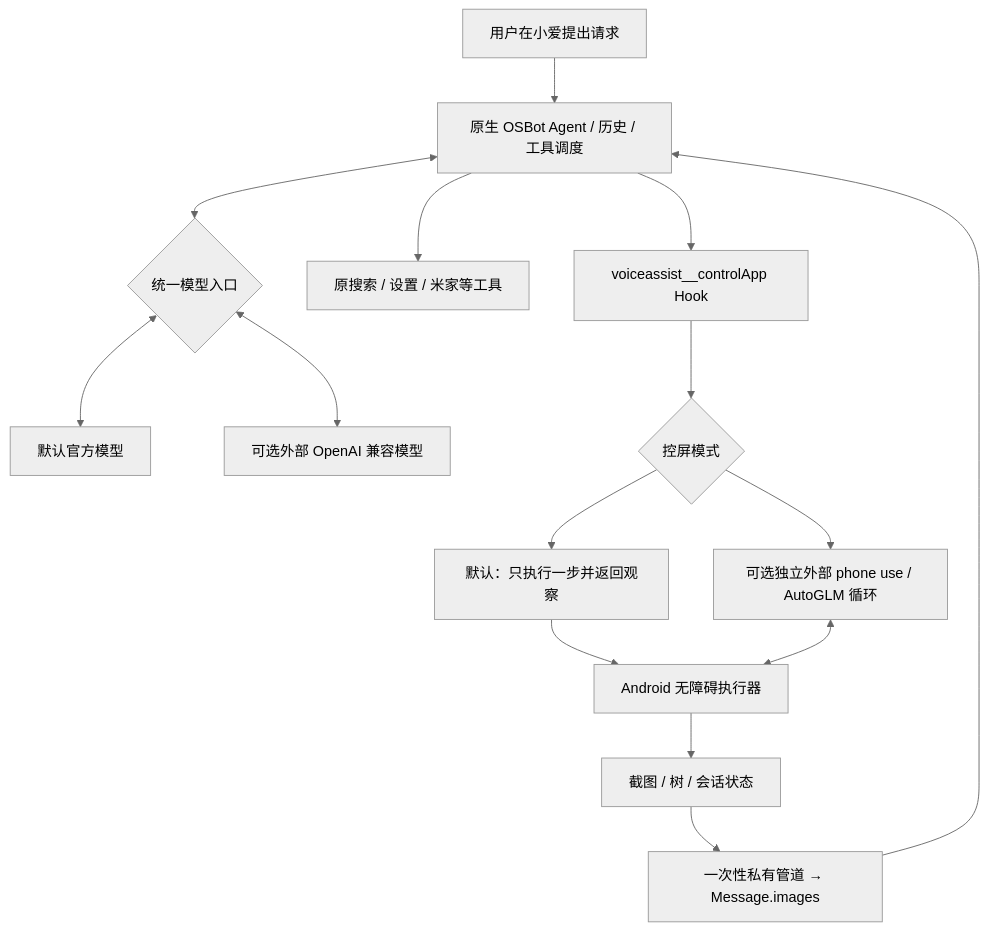
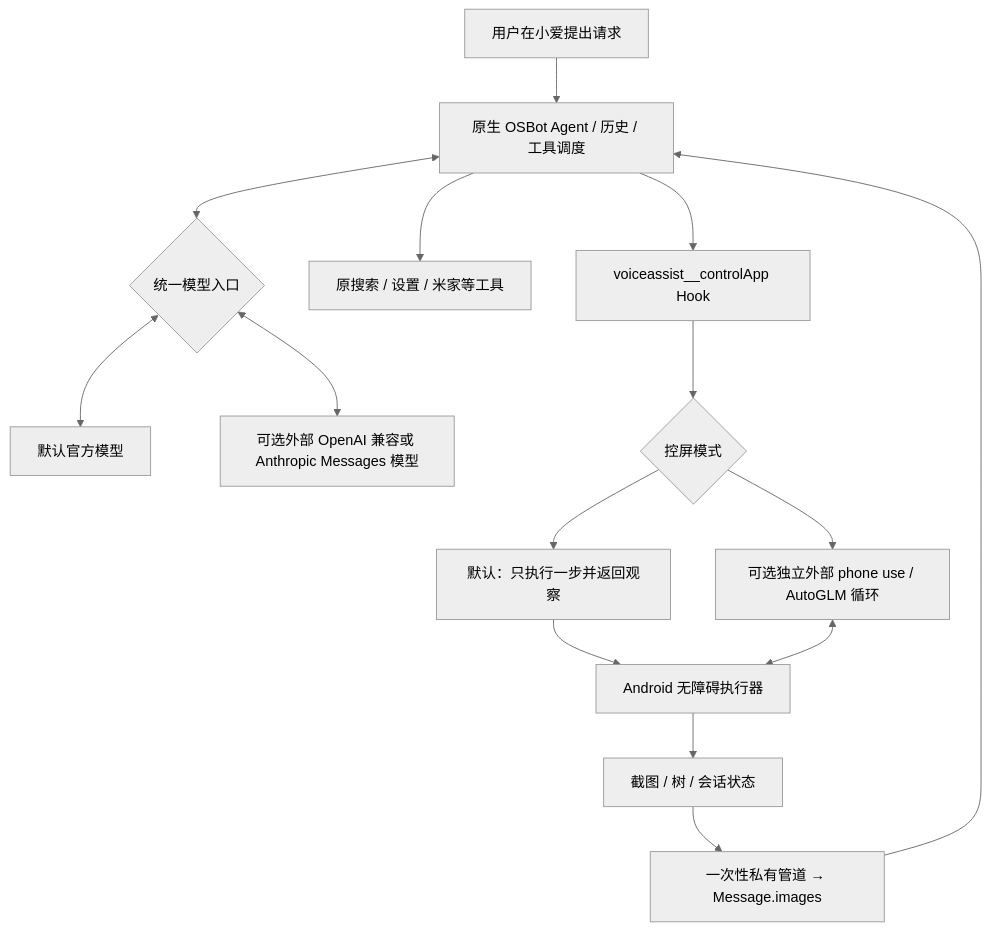
One commit to astoHu1/MiAIPlus changed the diagram in docs/architecture.md. Above: the diagram before and after it, drawn with Mermaid (neutral theme). The commit also changed other lines of this file and 29 other files, not shown here.

Commit message:
Add Anthropic Messages protocol support

````diff
--- a/docs/architecture.md
+++ b/docs/architecture.md
@@ -7,17 +7,17 @@
 ```mermaid
 flowchart TD
   U[用户在小爱提出请求] --> D[原生 OSBot Agent / 历史 / 工具调度]
   D <--> M{统一模型入口}
   M <--> O[默认官方模型]
-  M <--> X[可选外部 OpenAI 兼容模型]
+  M <--> X[可选外部 OpenAI 兼容或 Anthropic Messages 模型]
   D --> T[原搜索 / 设置 / 米家等工具]
   D --> C[voiceassist__controlApp Hook]
   C --> P{控屏模式}
   P --> N[默认：只执行一步并返回观察]
   N --> E[Android 无障碍执行器]
   E --> F[截图 / 树 / 会话状态]
   F --> I[一次性私有管道 → Message.images]
   I --> D
   P --> A[可选独立外部 phone use / AutoGLM 循环]
   A <--> E
 ```
````
